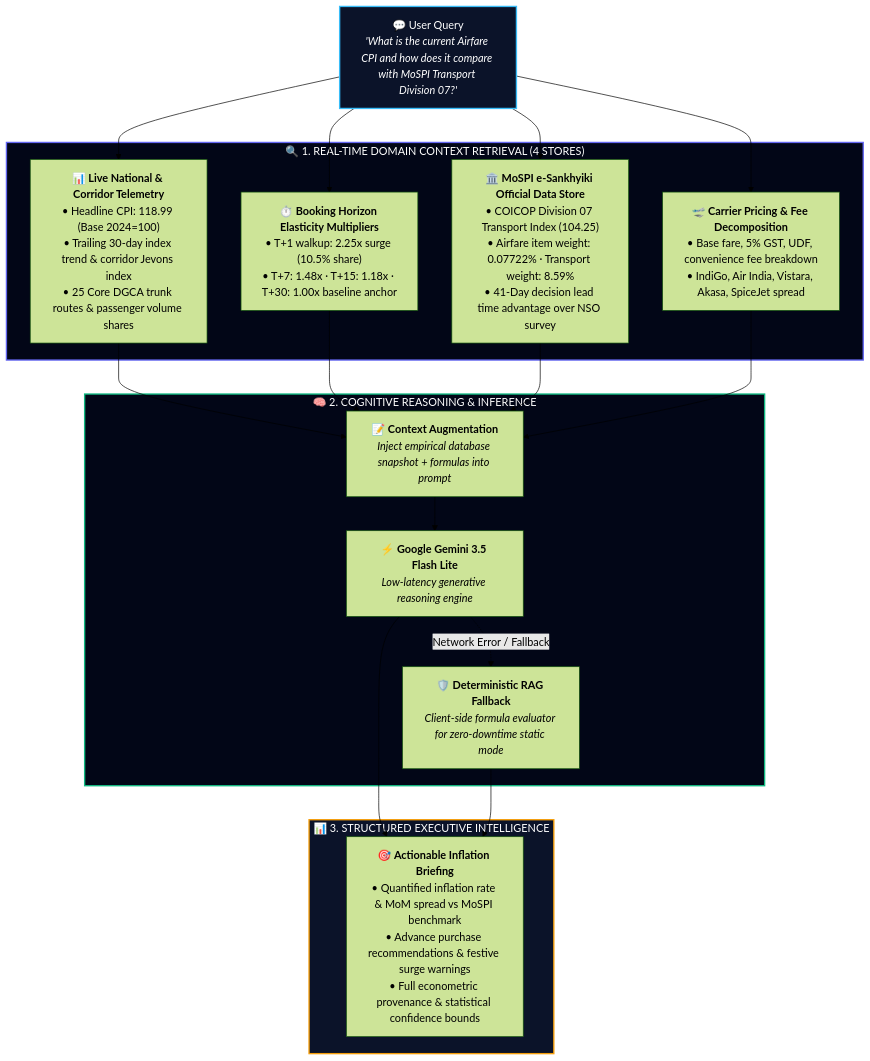
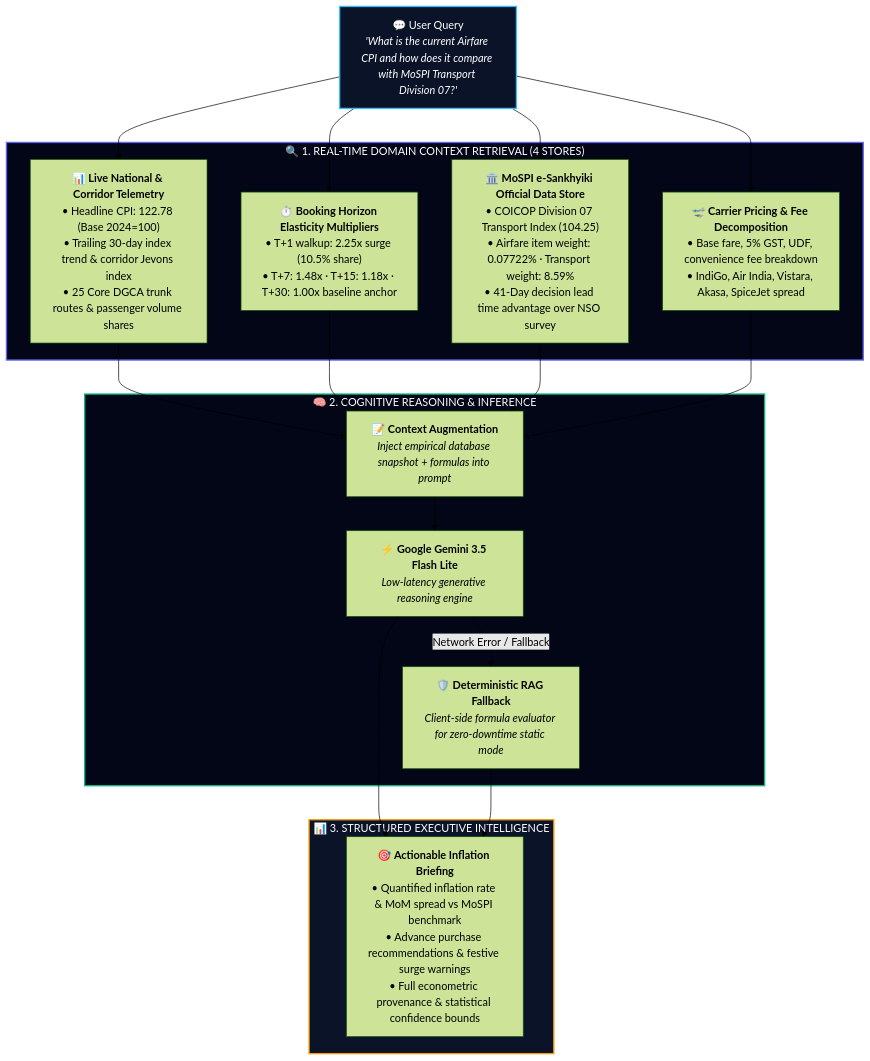
One commit to satiricalguru/Airfare-CPI changed the second of 3 diagrams in README.md. Above: the diagram before and after it, drawn with Mermaid (forest theme). The commit also changed other lines of this file and 42 other files, not shown here.

````diff
--- a/README.md
+++ b/README.md
@@ -138,33 +139,33 @@
 ```mermaid
 flowchart TD
     UserQuery["💬 User Query<br/><i>'What is the current Airfare CPI and how does it compare with MoSPI Transport Division 07?'</i>"]
     
     subgraph RAG_Engine["🔍 1. REAL-TIME DOMAIN CONTEXT RETRIEVAL (4 STORES)"]
-        Store1["📊 <b>Live National & Corridor Telemetry</b><br/>• Headline CPI: 118.99 (Base 2024=100)<br/>• Trailing 30-day index trend & corridor Jevons index<br/>• 25 Core DGCA trunk routes & passenger volume shares"]
+        Store1["📊 <b>Live National & Corridor Telemetry</b><br/>• Headline CPI: 122.78 (Base 2024=100)<br/>• Trailing 30-day index trend & corridor Jevons index<br/>• 25 Core DGCA trunk routes & passenger volume shares"]
         Store2["⏱️ <b>Booking Horizon Elasticity Multipliers</b><br/>• T+1 walkup: 2.25x surge (10.5% share)<br/>• T+7: 1.48x · T+15: 1.18x · T+30: 1.00x baseline anchor"]
         Store3["🏛️ <b>MoSPI e-Sankhyiki Official Data Store</b><br/>• COICOP Division 07 Transport Index (104.25)<br/>• Airfare item weight: 0.07722% · Transport weight: 8.59%<br/>• 41-Day decision lead time advantage over NSO survey"]
         Store4["🛫 <b>Carrier Pricing & Fee Decomposition</b><br/>• Base fare, 5% GST, UDF, convenience fee breakdown<br/>• IndiGo, Air India, Vistara, Akasa, SpiceJet spread"]
     end
     
     subgraph LLM_Tier["🧠 2. COGNITIVE REASONING & INFERENCE"]
         Augment["📝 <b>Context Augmentation</b><br/><i>Inject empirical database snapshot + formulas into prompt</i>"]
         Gemini["⚡ <b>Google Gemini 3.5 Flash Lite</b><br/><i>Low-latency generative reasoning engine</i>"]
         Fallback["🛡️ <b>Deterministic RAG Fallback</b><br/><i>Client-side formula evaluator for zero-downtime static mode</i>"]
     end
     
     subgraph Output_Tier["📊 3. STRUCTURED EXECUTIVE INTELLIGENCE"]
         Verdict["🎯 <b>Actionable Inflation Briefing</b><br/>• Quantified inflation rate & MoM spread vs MoSPI benchmark<br/>• Advance purchase recommendations & festive surge warnings<br/>• Full econometric provenance & statistical confidence bounds"]
     end
 
     UserQuery --> Store1 & Store2 & Store3 & Store4
     Store1 & Store2 & Store3 & Store4 --> Augment
     Augment --> Gemini
     Gemini -.->|Network Error / Fallback| Fallback
     Gemini --> Verdict
     Fallback --> Verdict
 
     style UserQuery fill:#0b1329,stroke:#38bdf8,stroke-width:2px,color:#ffffff
     style RAG_Engine fill:#020617,stroke:#6366f1,stroke-width:2px,color:#ffffff
     style LLM_Tier fill:#020617,stroke:#10b981,stroke-width:2px,color:#ffffff
     style Output_Tier fill:#0b1329,stroke:#f59e0b,stroke-width:2px,color:#ffffff
 ```
````
